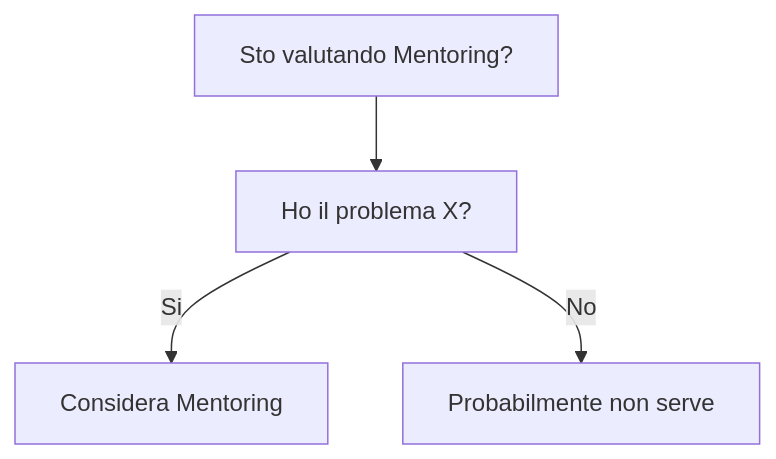
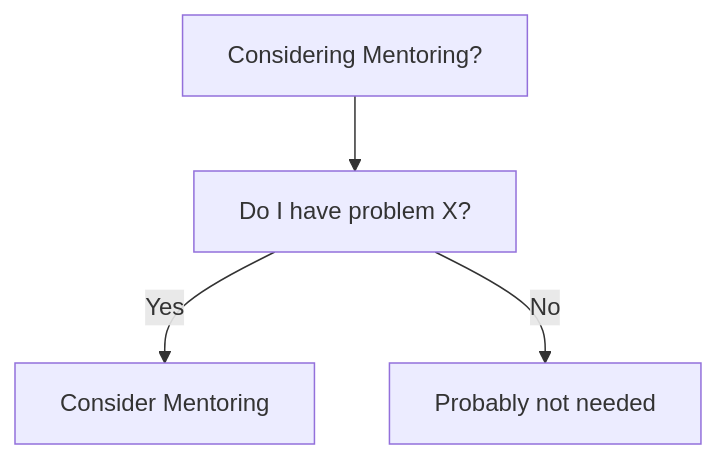
Before and after one commit to HxT9/Software-Dev-Wiki: the diagram in dev-wiki/25_Documentation/Mentoring/When_To_Use.md, drawn with Mermaid. The commit also changed other lines of this file and 3444 other files, not shown here.

````diff
--- a/dev-wiki/25_Documentation/Mentoring/When_To_Use.md
+++ b/dev-wiki/25_Documentation/Mentoring/When_To_Use.md
@@ -19,6 +19,6 @@
 ```mermaid
 flowchart TD
-  Q[Sto valutando Mentoring?] --> Q1[Ho il problema X?]
-  Q1 -->|Si| OK[Considera Mentoring]
-  Q1 -->|No| NO[Probabilmente non serve]
+  Q[Considering Mentoring?] --> Q1[Do I have problem X?]
+  Q1 -->|Yes| OK[Consider Mentoring]
+  Q1 -->|No| NO[Probably not needed]
 ```
````
